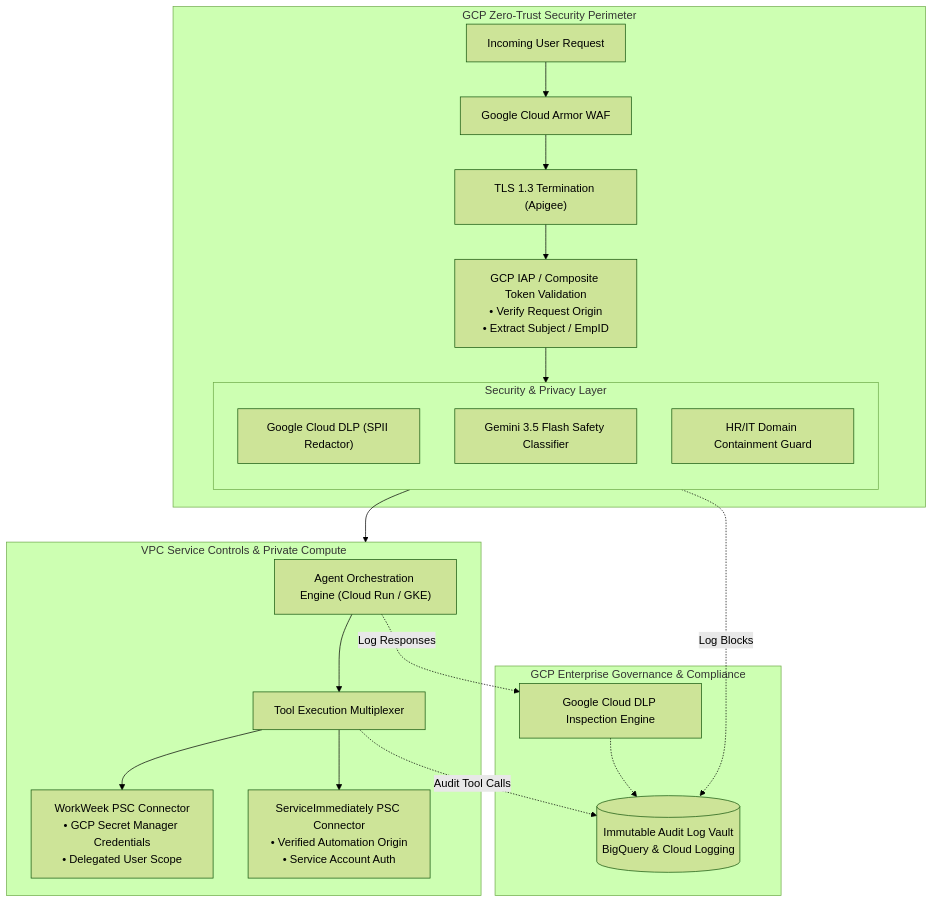
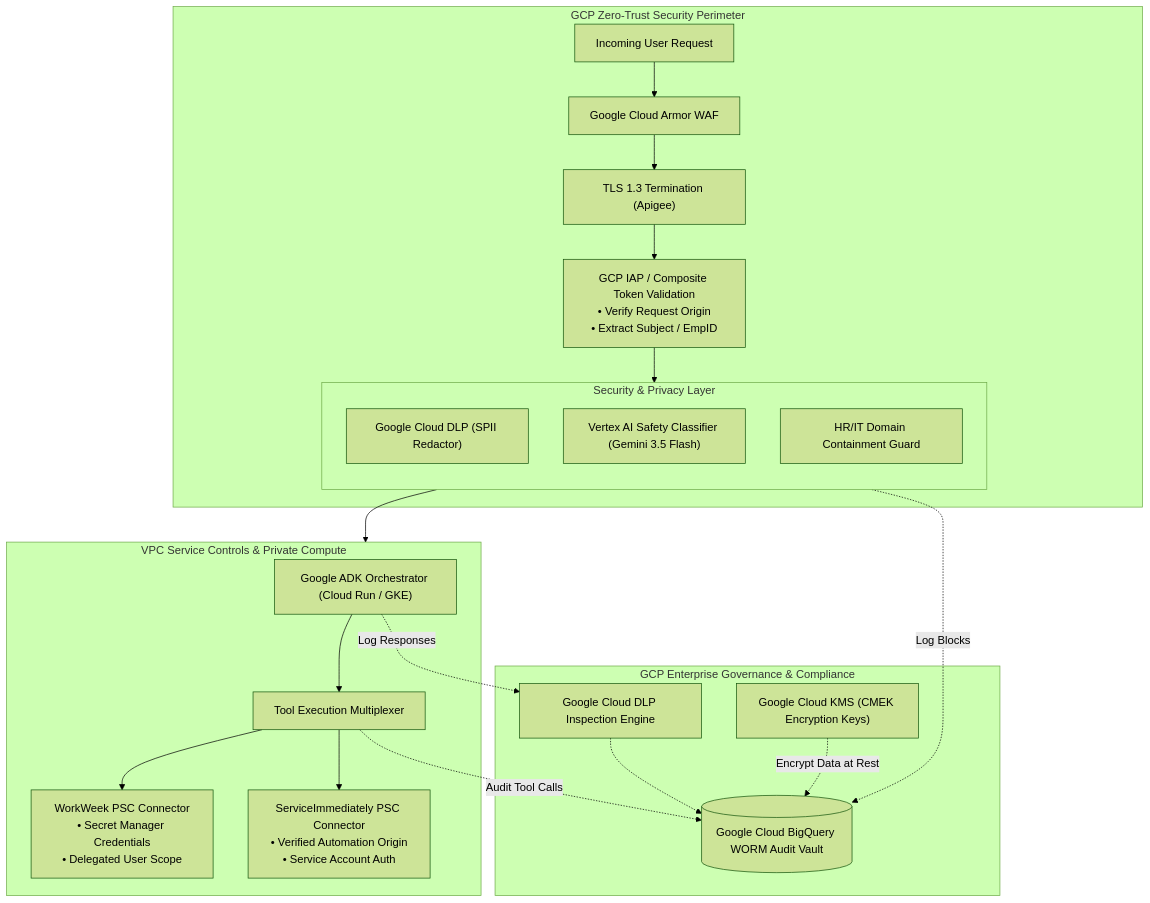
One commit to SushantJagdale/elevate-hr-agentic-solution changed the seventh of 10 diagrams in Consolidated_SDD.md. Above: the diagram before and after it, drawn with Mermaid (forest theme). The commit also changed other lines of this file, not shown here.

Commit message:
modified after 1st eval run

````diff
--- a/Consolidated_SDD.md
+++ b/Consolidated_SDD.md
@@ -348,36 +509,38 @@
 ```mermaid
 flowchart TD
     subgraph ZeroTrustPerimeter ["GCP Zero-Trust Security Perimeter"]
         ClientReq["Incoming User Request"] --> CloudArmor["Google Cloud Armor WAF"]
         CloudArmor --> TLS["TLS 1.3 Termination (Apigee)"]
         TLS --> TokenVal["GCP IAP / Composite Token Validation\n• Verify Request Origin\n• Extract Subject / EmpID"]
         
         TokenVal --> SecFilter["GCP Security & Privacy Interceptor"]
         
         subgraph SecFilter ["Security & Privacy Layer"]
             direction TB
             PIIMask["Google Cloud DLP (SPII Redactor)"]
-            InjCheck["Gemini 3.5 Flash Safety Classifier"]
+            InjCheck["Vertex AI Safety Classifier (Gemini 3.5 Flash)"]
             TopicBound["HR/IT Domain Containment Guard"]
         end
     end
 
     SecFilter --> IsolatedVPC["GCP VPC-SC Isolated Agent Core"]
 
     subgraph IsolatedVPC ["VPC Service Controls & Private Compute"]
-        AgentEngine["Agent Orchestration Engine (Cloud Run / GKE)"]
+        AgentEngine["Google ADK Orchestrator (Cloud Run / GKE)"]
         AgentEngine --> ToolCallMux["Tool Execution Multiplexer"]
         
-        ToolCallMux --> WW_ACL["WorkWeek PSC Connector\n• GCP Secret Manager Credentials\n• Delegated User Scope"]
+        ToolCallMux --> WW_ACL["WorkWeek PSC Connector\n• Secret Manager Credentials\n• Delegated User Scope"]
         ToolCallMux --> SM_ACL["ServiceImmediately PSC Connector\n• Verified Automation Origin\n• Service Account Auth"]
     end
 
     subgraph GovernanceAudit ["GCP Enterprise Governance & Compliance"]
-        WORM[("Immutable Audit Log Vault\nBigQuery & Cloud Logging")]
+        WORM[("Google Cloud BigQuery WORM Audit Vault")]
         DLP["Google Cloud DLP Inspection Engine"]
+        KMS["Google Cloud KMS (CMEK Encryption Keys)"]
     end
 
     ToolCallMux -.->|Audit Tool Calls| WORM
     SecFilter -.->|Log Blocks| WORM
     AgentEngine -.->|Log Responses| DLP -.-> WORM
+    KMS -.->|Encrypt Data at Rest| WORM
 ```
````
